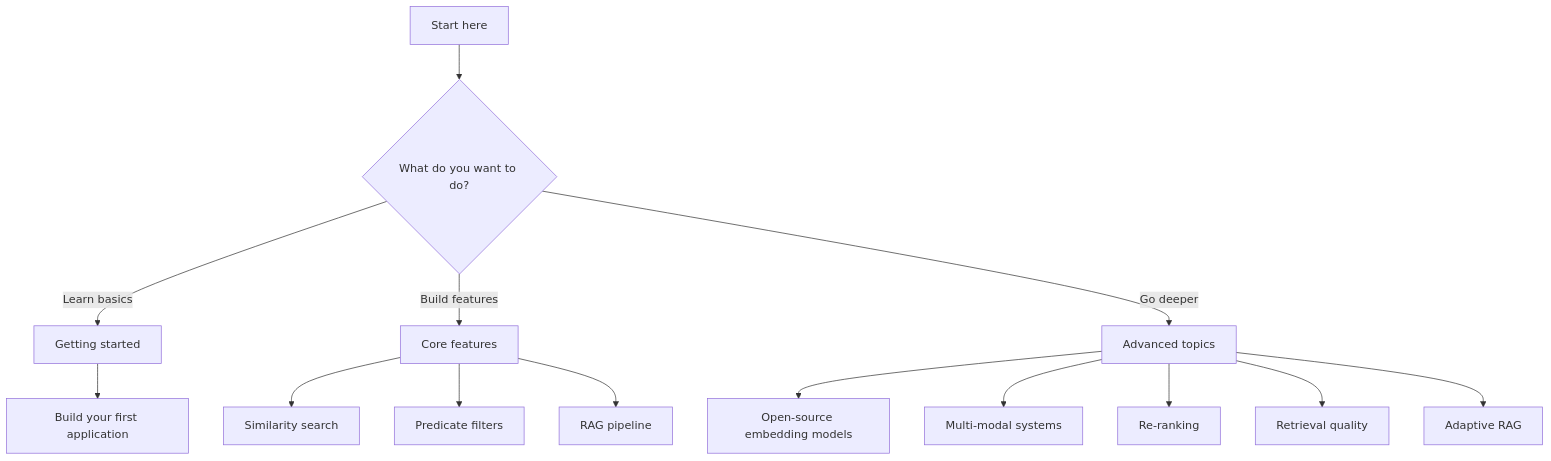
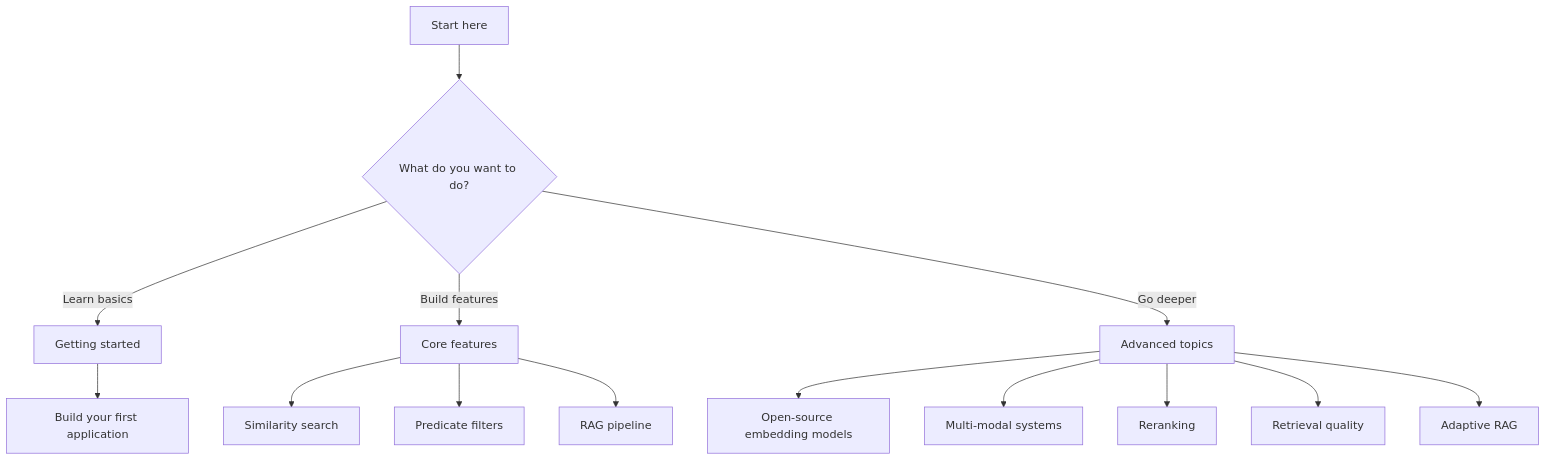
Before and after one commit to ActianCorp/vectorai-db-docs: the diagram in academy/tutorials/index.mdx, drawn with Mermaid. The commit also changed other lines of this file and 28 other files, not shown here.

````diff
--- a/academy/tutorials/index.mdx
+++ b/academy/tutorials/index.mdx
@@ -12,20 +12,20 @@
 ```mermaid
 flowchart TD
     Start[Start here] --> Q{What do you want to do?}
 
     Q --> |Learn basics| GS[Getting started]
     Q --> |Build features| Core[Core features]
     Q --> |Go deeper| Adv[Advanced topics]
 
     GS --> App[Build your first application]
 
     Core --> Search[Similarity search]
     Core --> Filters[Predicate filters]
     Core --> RAG[RAG pipeline]
 
     Adv --> Embed[Open-source embedding models]
     Adv --> Multi[Multi-modal systems]
-    Adv --> Rerank[Re-ranking]
+    Adv --> Rerank[Reranking]
     Adv --> Quality[Retrieval quality]
     Adv --> Adaptive[Adaptive RAG]
 ```
````
